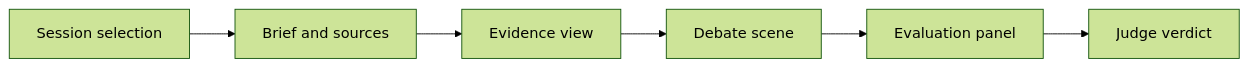
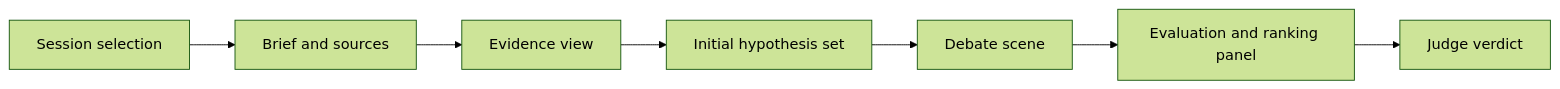
Before and after one commit to KroJIak/hypothesis-court: the diagram in docs/architecture/04-Frontend.md, drawn with Mermaid (forest theme). The commit also changed other lines of this file and 29 other files, not shown here.

````diff
--- a/docs/architecture/04-Frontend.md
+++ b/docs/architecture/04-Frontend.md
@@ -54,8 +57,9 @@
 ```mermaid
 flowchart LR
     A[Session selection] --> B[Brief and sources]
     B --> C[Evidence view]
-    C --> D[Debate scene]
-    D --> E[Evaluation panel]
-    E --> F[Judge verdict]
+    C --> D[Initial hypothesis set]
+    D --> E[Debate scene]
+    E --> F[Evaluation and ranking panel]
+    F --> G[Judge verdict]
 ```
````
